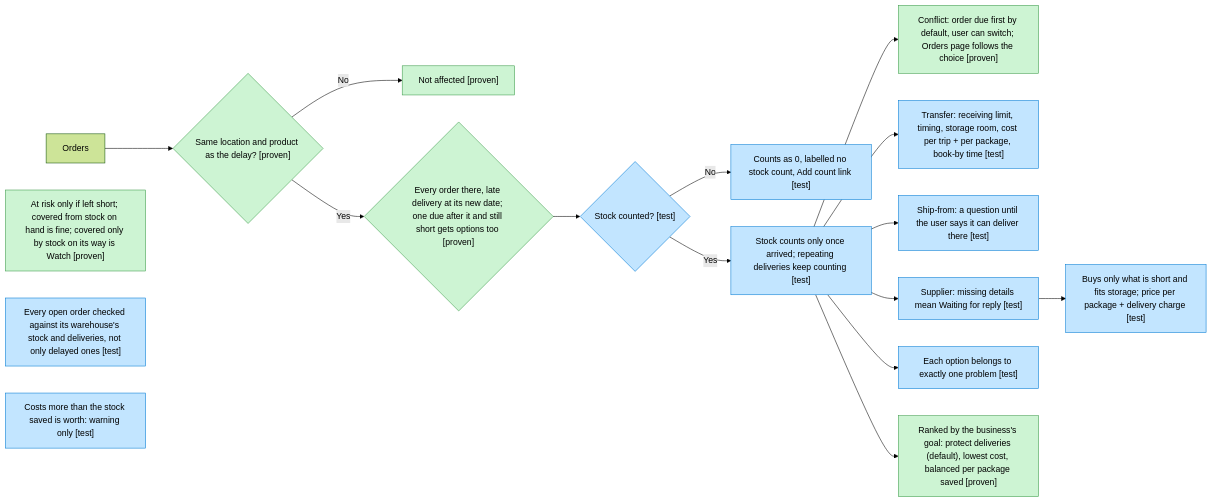
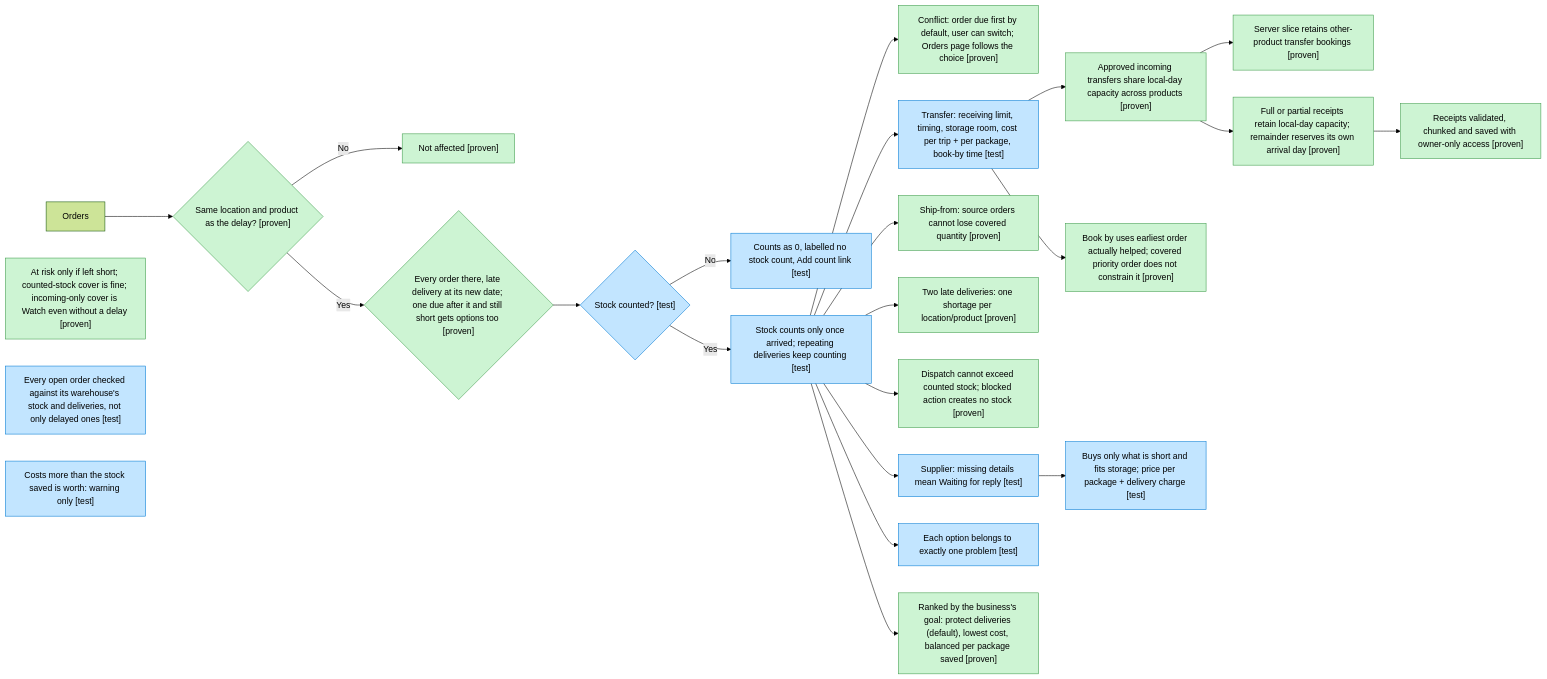
Before and after one commit to gouravhanumante/rehearsal-ai-builder-cup: diagram 11 of 16 in docs/07-bug-map.md, drawn with Mermaid (forest theme). The commit also changed other lines of this file and 54 other files, not shown here.

First line of the commit message:
Stock movement ledger, transfer bookings, customer arrival timing

````diff
--- a/docs/07-bug-map.md
+++ b/docs/07-bug-map.md
@@ -84,23 +250,30 @@
 ```mermaid
 flowchart LR
   o["Orders"] --> loc{"Same location and product as the delay? [proven]"}
   loc -->|"No"| na["Not affected [proven]"]
   loc -->|"Yes"| due{"Every order there, late delivery at its new date; one due after it and still short gets options too [proven]"}
   due --> st{"Stock counted? [test]"}
-  risk["At risk only if left short; covered from stock on hand is fine; covered only by stock on its way is Watch [proven]"]
+  risk["At risk only if left short; counted-stock cover is fine; incoming-only cover is Watch even without a delay [proven]"]
   st -->|"No"| unk["Counts as 0, labelled no stock count, Add count link [test]"]
   st -->|"Yes"| al["Stock counts only once arrived; repeating deliveries keep counting [test]"]
   all["Every open order checked against its warehouse's stock and deliveries, not only delayed ones [test]"]
   al --> cf["Conflict: order due first by default, user can switch; Orders page follows the choice [proven]"]
   al --> tr["Transfer: receiving limit, timing, storage room, cost per trip + per package, book-by time [test]"]
-  al --> sf["Ship-from: a question until the user says it can deliver there [test]"]
+  al --> sf["Ship-from: source orders cannot lose covered quantity [proven]"]
+  tr --> booked["Approved incoming transfers share local-day capacity across products [proven]"]
+  booked --> slice["Server slice retains other-product transfer bookings [proven]"]
+  booked --> received["Full or partial receipts retain local-day capacity; remainder reserves its own arrival day [proven]"]
+  received --> persisted["Receipts validated, chunked and saved with owner-only access [proven]"]
+  tr --> deadline["Book by uses earliest order actually helped; covered priority order does not constrain it [proven]"]
+  al --> once["Two late deliveries: one shortage per location/product [proven]"]
+  al --> dispatch["Dispatch cannot exceed counted stock; blocked action creates no stock [proven]"]
   al --> sup["Supplier: missing details mean Waiting for reply [test]"]
   sup --> buy["Buys only what is short and fits storage; price per package + delivery charge [test]"]
   al --> grp["Each option belongs to exactly one problem [test]"]
   al --> rec["Ranked by the business's goal: protect deliveries (default), lowest cost, balanced per package saved [proven]"]
   worth["Costs more than the stock saved is worth: warning only [test]"]
   classDef proven fill:#CDF4D3,stroke:#3E9B4B
   classDef test fill:#C2E5FF,stroke:#007AD2
-  class loc,na,cf,risk,rec,due proven
-  class st,unk,al,all,tr,sf,sup,buy,grp,worth test
+  class loc,na,cf,risk,rec,due,sf,booked,slice,once,dispatch,received,persisted,deadline proven
+  class st,unk,al,all,tr,sup,buy,grp,worth test
 ```
````
